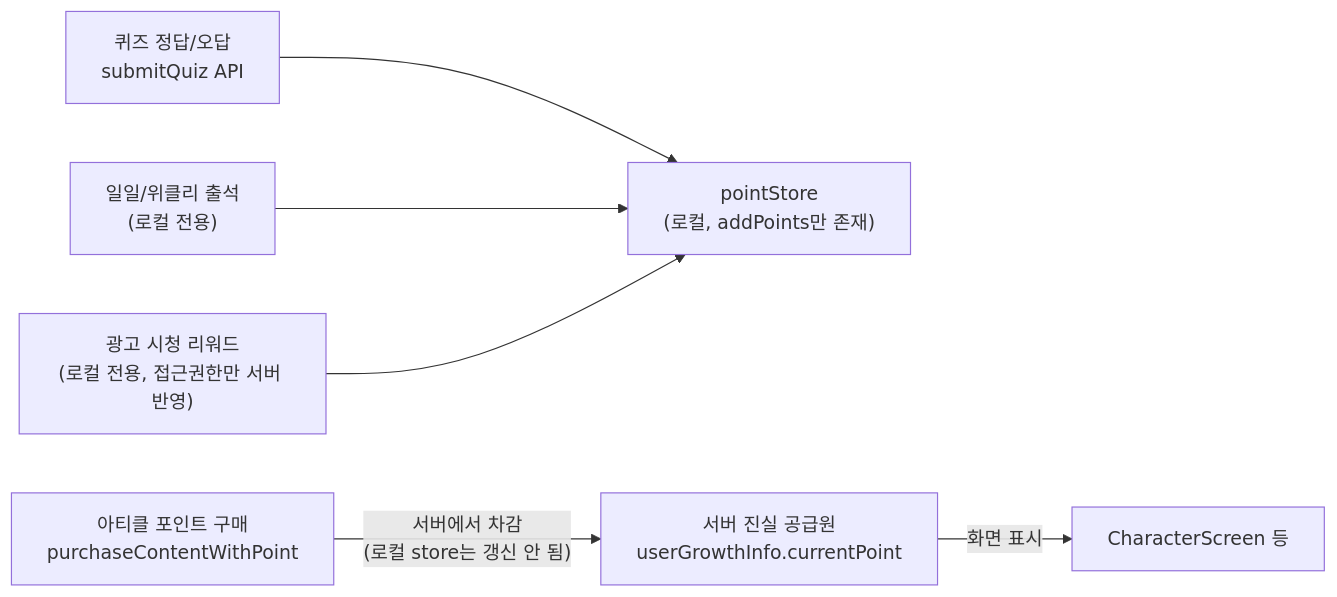
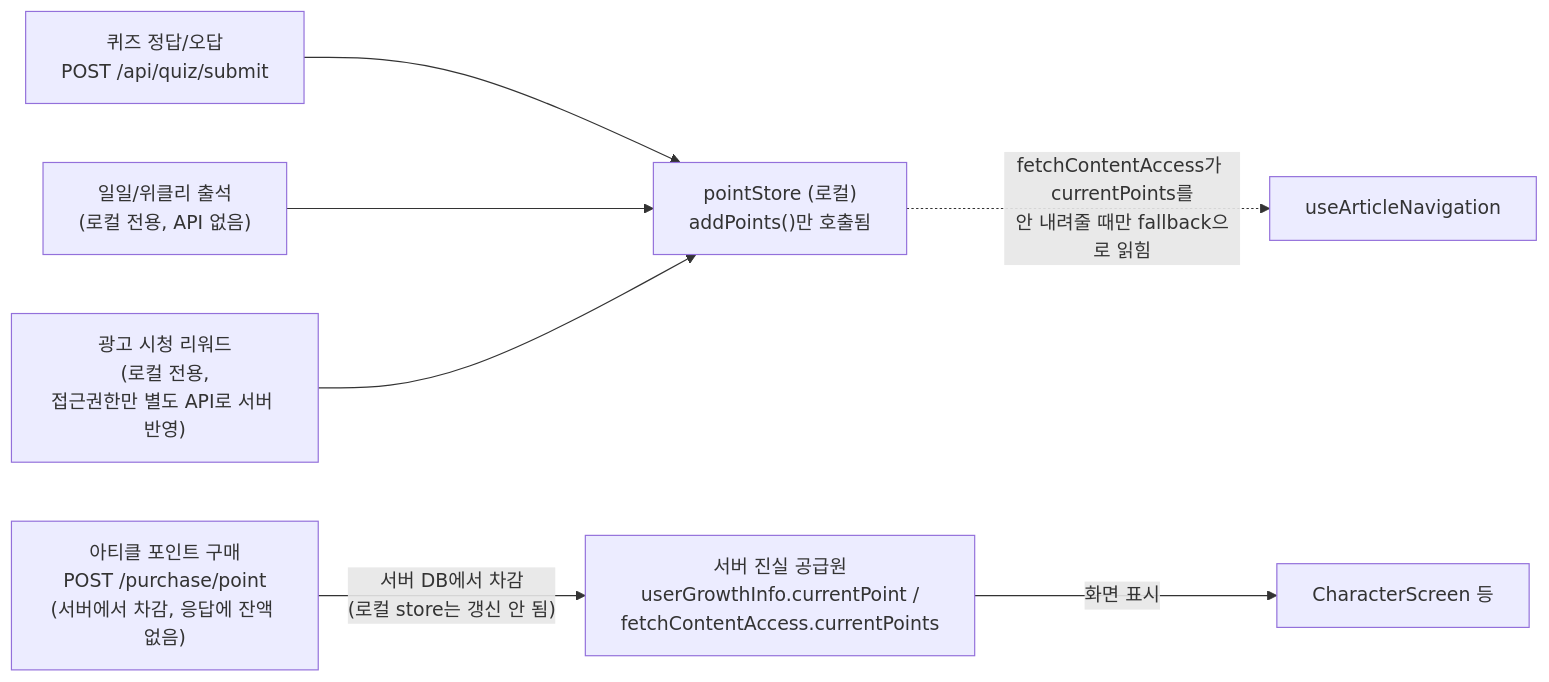
One commit to SWYP-app-3-10/neurous-client changed the first of 4 diagrams in docs/POINT_FLOW.md. Above: the diagram before and after it, drawn with Mermaid. The commit also changed other lines of this file and 2 other files, not shown here.

First line of the commit message:
feat(article): 글 읽기 완료 시 레벨업 UI 지원 및 관련 문서 상세화

````diff
--- a/docs/POINT_FLOW.md
+++ b/docs/POINT_FLOW.md
@@ -7,16 +34,17 @@
 ```mermaid
 flowchart LR
-    Quiz["퀴즈 정답/오답<br/>submitQuiz API"]
-    Daily["일일/위클리 출석<br/>(로컬 전용)"]
-    Ad["광고 시청 리워드<br/>(로컬 전용, 접근권한만 서버 반영)"]
+    Quiz["퀴즈 정답/오답<br/>POST /api/quiz/submit"]
+    Daily["일일/위클리 출석<br/>(로컬 전용, API 없음)"]
+    Ad["광고 시청 리워드<br/>(로컬 전용,<br/>접근권한만 별도 API로 서버 반영)"]
 
-    PointStore["pointStore<br/>(로컬, addPoints만 존재)"]
-    Server["서버 진실 공급원<br/>userGrowthInfo.currentPoint"]
-    Purchase["아티클 포인트 구매<br/>purchaseContentWithPoint"]
+    PointStore["pointStore (로컬)<br/>addPoints()만 호출됨"]
+    Server["서버 진실 공급원<br/>userGrowthInfo.currentPoint /<br/>fetchContentAccess.currentPoints"]
+    Purchase["아티클 포인트 구매<br/>POST /purchase/point<br/>(서버에서 차감, 응답에 잔액 없음)"]
 
     Quiz --> PointStore
     Daily --> PointStore
     Ad --> PointStore
-    Purchase -- "서버에서 차감<br/>(로컬 store는 갱신 안 됨)" --> Server
+    Purchase -- "서버 DB에서 차감<br/>(로컬 store는 갱신 안 됨)" --> Server
     Server -->|"화면 표시"| CharacterScreen["CharacterScreen 등"]
+    PointStore -.->|"fetchContentAccess가 currentPoints를<br/>안 내려줄 때만 fallback으로 읽힘"| ArticleNav["useArticleNavigation"]
 ```
````
